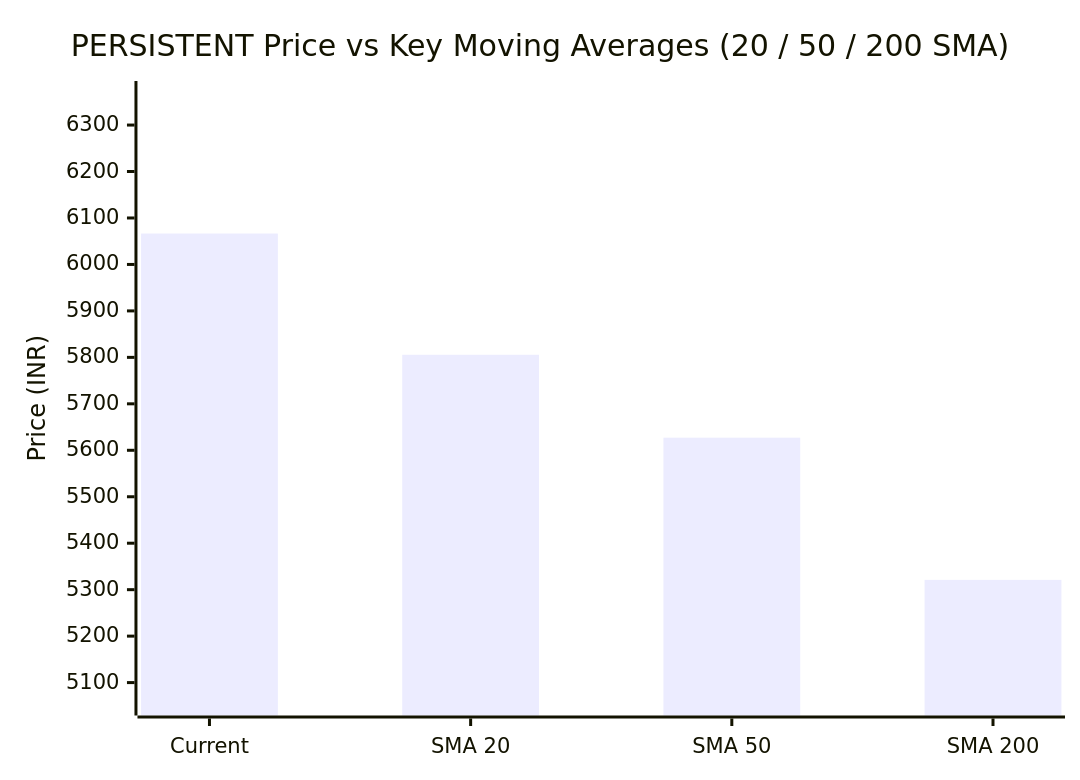
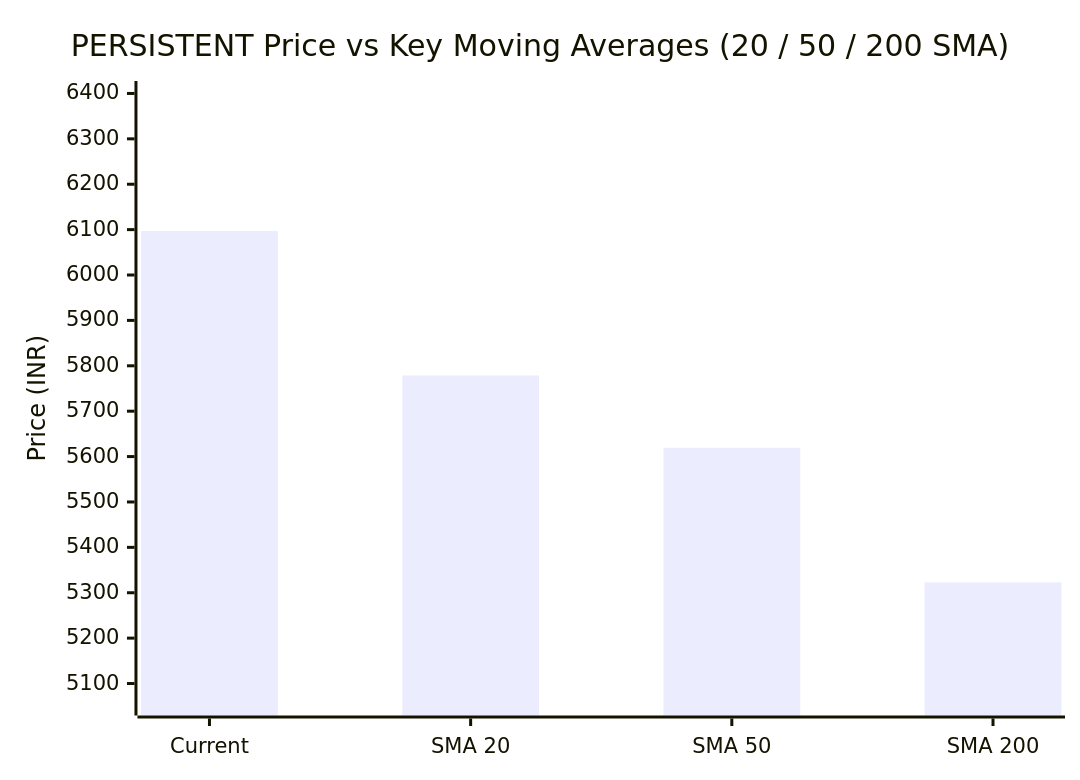
Before and after one commit to purnareddy9/dev: the second of 2 diagrams in market-intelligence/stocks/PERSISTENT/history/2026-11-03.md, drawn with Mermaid. The commit also changed other lines of this file and 4 other files, not shown here.

````diff
--- a/market-intelligence/stocks/PERSISTENT/history/2026-11-03.md
+++ b/market-intelligence/stocks/PERSISTENT/history/2026-11-03.md
@@ -52,7 +52,7 @@
 ```mermaid
 xychart-beta
     title "PERSISTENT Price vs Key Moving Averages (20 / 50 / 200 SMA)"
     x-axis ["Current", "SMA 20", "SMA 50", "SMA 200"]
-    y-axis "Price (INR)" 5055 --> 6369
-    bar [6066.5, 5805.62, 5627.09, 5321.12]
+    y-axis "Price (INR)" 5056 --> 6401
+    bar [6097.0, 5778.8, 5619.24, 5322.88]
 ```
````
